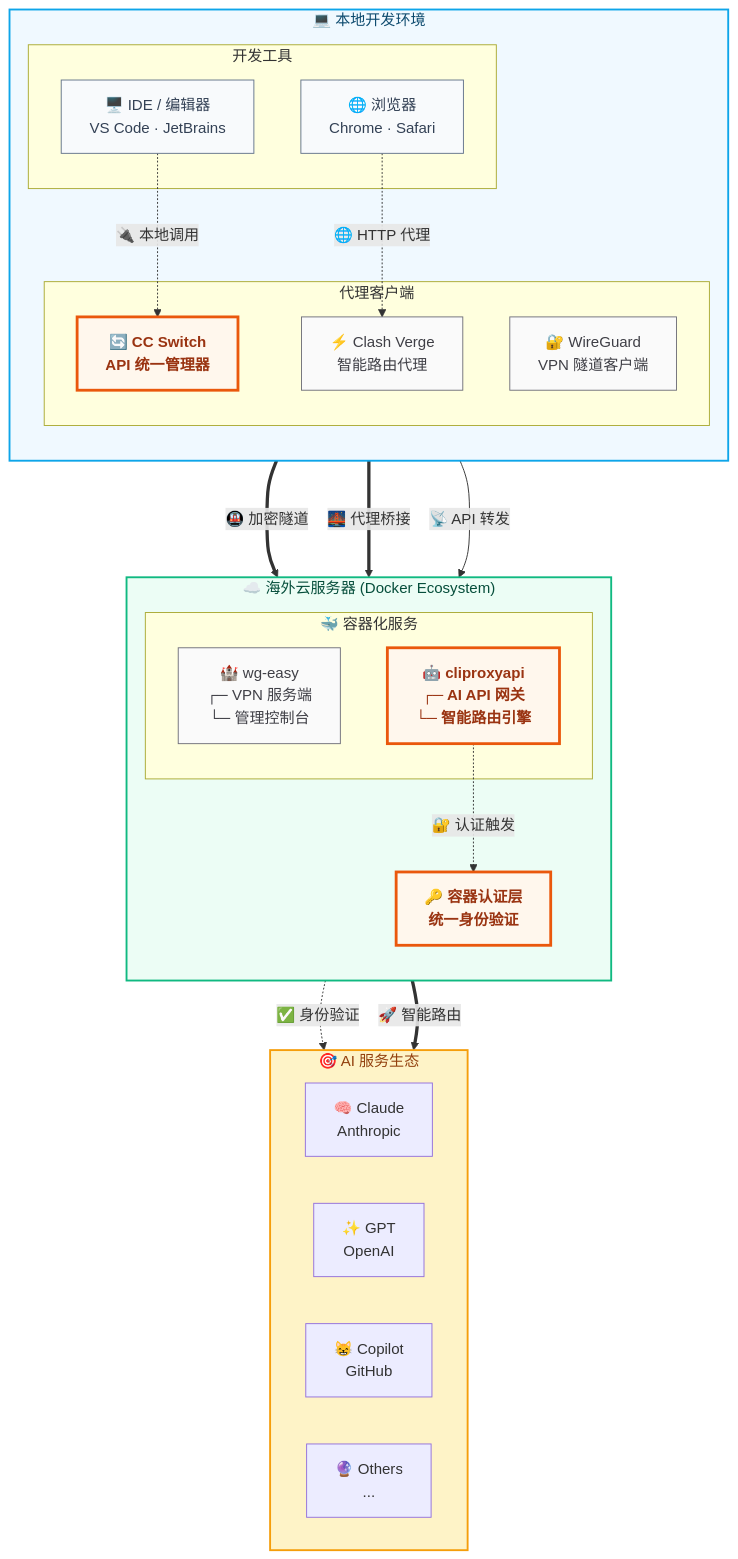
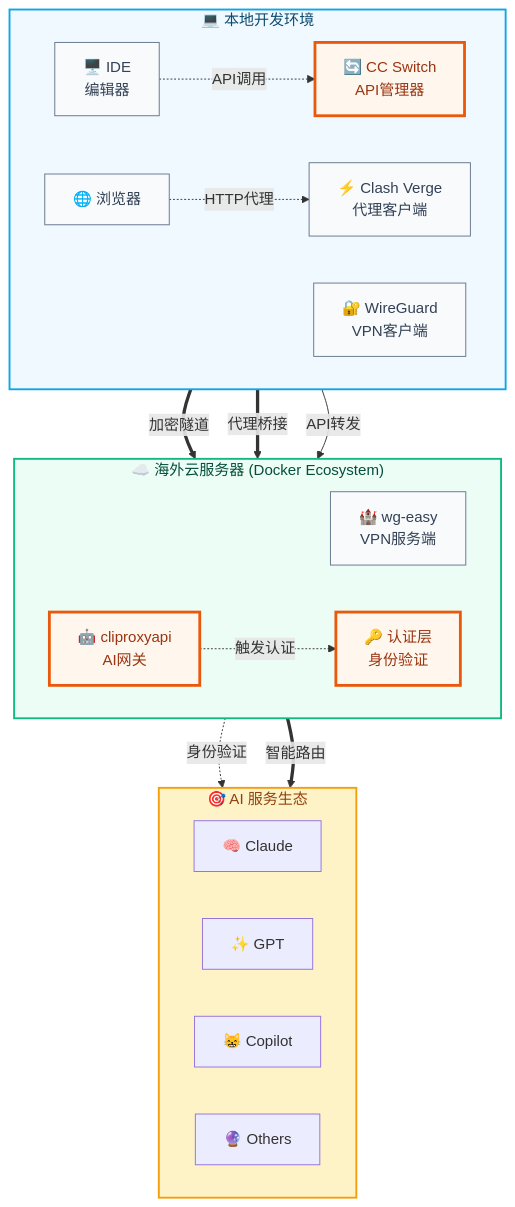
The diagram in docs/_posts/overseas-dev-environment.md (zhaofutao04/zblog), drawn with Mermaid before and after one commit. The commit also changed other lines of this file, not shown here.

Commit message:
docs: 优化架构图布局对齐 + 添加 WEPC.AU 推广链接
架构图布局优化 📐：
- 🎯 扁平化设计：移除嵌套分组，布局更清爽
- ↔️ 横向对齐：所有组件层都使用 LR 布局
- 📏 紧凑排列：减少冗余空间，提升视觉密度
- 🏷️ 标签简化：连接线文字更简洁明了
- 🎨 样式统一：减少样式分类，视觉更协调

商业合作 💼：
- 🔗 添加 WEPC.AU 推广链接：aff=2465
- 📍 统一更新所有相关链接位置
- 💰 支持优质服务商推荐

现在架构图既专业又紧凑，完美对齐！

````diff
--- a/docs/_posts/overseas-dev-environment.md
+++ b/docs/_posts/overseas-dev-environment.md
@@ -38,73 +38,59 @@
 ```mermaid
 flowchart TB
     %% ========== 本地开发环境 ==========
     subgraph Local["💻 本地开发环境"]
-        direction TB
-        subgraph DevTools["开发工具"]
-            IDE["🖥️ IDE / 编辑器<br/>VS Code · JetBrains"]
-            Browser["🌐 浏览器<br/>Chrome · Safari"]
-        end
-
-        subgraph Proxies["代理客户端"]
-            CCSwitch["🔄 CC Switch<br/>API 统一管理器"]
-            Clash["⚡ Clash Verge<br/>智能路由代理"]
-            WGClient["🔐 WireGuard<br/>VPN 隧道客户端"]
-        end
+        direction LR
+        IDE["🖥️ IDE<br/>编辑器"]
+        Browser["🌐 浏览器"]
+        CCSwitch["🔄 CC Switch<br/>API管理器"]
+        Clash["⚡ Clash Verge<br/>代理客户端"]
+        WGClient["🔐 WireGuard<br/>VPN客户端"]
     end
 
     %% ========== 海外云服务器 ==========
     subgraph Cloud["☁️ 海外云服务器 (Docker Ecosystem)"]
-        direction TB
-        subgraph Services["🐳 容器化服务"]
-            WGServer["🏰 wg-easy<br/>┌─ VPN 服务端<br/>└─ 管理控制台"]
-            ApiGateway["🤖 cliproxyapi<br/>┌─ AI API 网关<br/>└─ 智能路由引擎"]
-        end
-
-        AuthLayer["🔑 容器认证层<br/>统一身份验证"]
+        direction LR
+        WGServer["🏰 wg-easy<br/>VPN服务端"]
+        ApiGateway["🤖 cliproxyapi<br/>AI网关"]
+        AuthLayer["🔑 认证层<br/>身份验证"]
     end
 
     %% ========== AI 服务生态 ==========
     subgraph AIEcosystem["🎯 AI 服务生态"]
         direction LR
-        Claude["🧠 Claude<br/>Anthropic"]
-        OpenAI["✨ GPT<br/>OpenAI"]
-        Copilot["😸 Copilot<br/>GitHub"]
-        Others["🔮 Others<br/>..."]
+        Claude["🧠 Claude"]
+        OpenAI["✨ GPT"]
+        Copilot["😸 Copilot"]
+        Others["🔮 Others"]
     end
 
     %% ========== 连接关系 ==========
-    %% 开发工具连接
-    IDE -.->|"🔌 本地调用"| CCSwitch
-    Browser -.->|"🌐 HTTP 代理"| Clash
+    %% 开发层连接
+    IDE -.->|API调用| CCSwitch
+    Browser -.->|HTTP代理| Clash
 
-    %% VPN 网络层
-    WGClient ===>|"🚇 加密隧道"| WGServer
-    Clash ===>|"🌉 代理桥接"| WGServer
+    %% 网络层连接
+    WGClient ==>|加密隧道| WGServer
+    Clash ==>|代理桥接| WGServer
 
-    %% API 代理层
-    CCSwitch -->|"📡 API 转发"| ApiGateway
-    ApiGateway -.->|"🔐 认证触发"| AuthLayer
+    %% 代理层连接
+    CCSwitch -->|API转发| ApiGateway
+    ApiGateway -.->|触发认证| AuthLayer
 
-    %% 服务访问层
-    AuthLayer -.->|"✅ 身份验证"| AIEcosystem
-    ApiGateway ==>|"🚀 智能路由"| AIEcosystem
+    %% 服务层连接
+    AuthLayer -.->|身份验证| AIEcosystem
+    ApiGateway ==>|智能路由| AIEcosystem
 
     %% ========== 视觉样式 ==========
-    %% 环境分组样式
     classDef localStyle fill:#f0f9ff,stroke:#0ea5e9,stroke-width:2px,color:#0c4a6e
     classDef cloudStyle fill:#ecfdf5,stroke:#10b981,stroke-width:2px,color:#064e3b
     classDef aiStyle fill:#fef3c7,stroke:#f59e0b,stroke-width:2px,color:#92400e
+    classDef coreComponent fill:#fff7ed,stroke:#ea580c,stroke-width:3px,color:#9a3412
+    classDef devTool fill:#f8fafc,stroke:#64748b,stroke-width:1px,color:#334155
 
-    %% 核心组件样式
-    classDef coreComponent fill:#fff7ed,stroke:#ea580c,stroke-width:3px,color:#9a3412,font-weight:bold
-    classDef devTool fill:#f8fafc,stroke:#64748b,stroke-width:1px,color:#334155
-    classDef networkTool fill:#fafafa,stroke:#71717a,stroke-width:1px,color:#3f3f46
-
-    %% 应用样式
     class Local localStyle
     class Cloud cloudStyle
     class AIEcosystem aiStyle
     class CCSwitch,ApiGateway,AuthLayer coreComponent
-    class IDE,Browser devTool
-    class Clash,WGClient,WGServer networkTool
+    class IDE,Browser,Clash,WGClient,WGServer devTool
 ```
````
